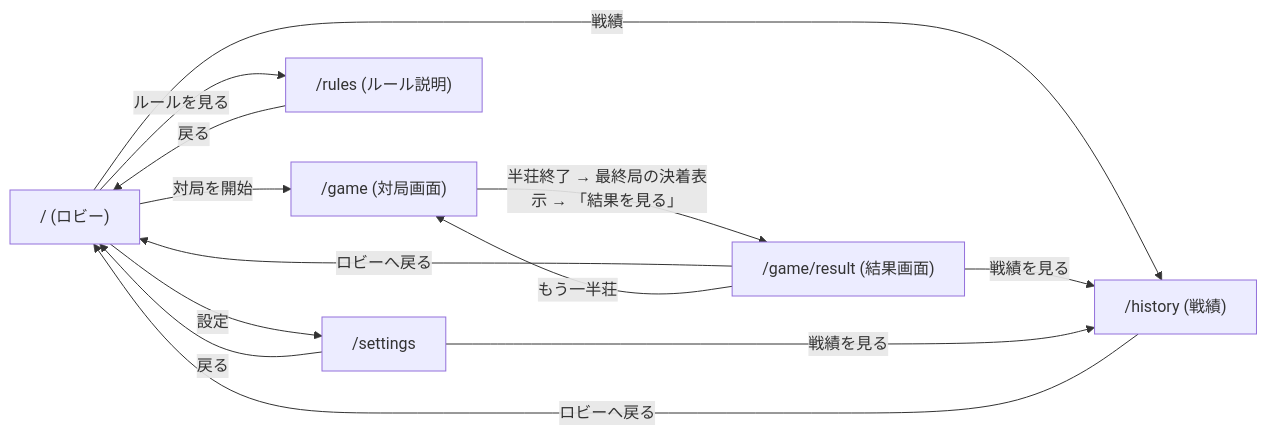
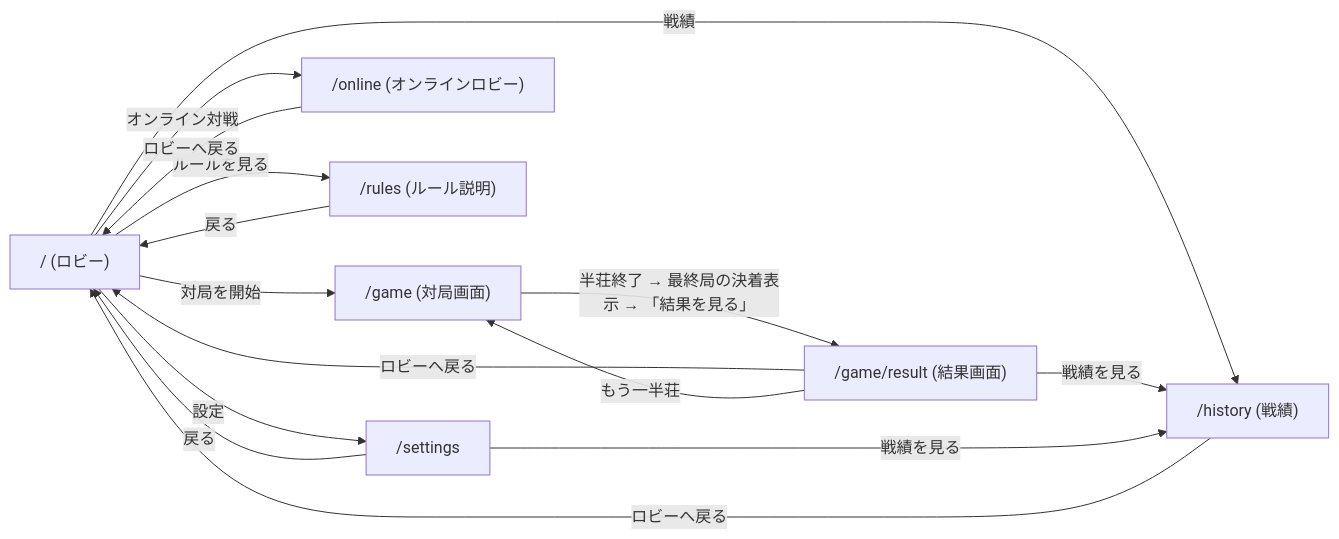
One commit to AutoDevJapan/FourBrosMahjong changed the diagram in documents/spec/screen-design-and-routing.md. Above: the diagram before and after it, drawn with Mermaid. The commit also changed other lines of this file, not shown here.

````diff
--- a/documents/spec/screen-design-and-routing.md
+++ b/documents/spec/screen-design-and-routing.md
@@ -50,15 +53,17 @@
 ```mermaid
 flowchart LR
     Lobby["/ (ロビー)"] -->|対局を開始| Game["/game (対局画面)"]
+    Lobby -->|オンライン対戦| Online["/online (オンラインロビー)"]
     Lobby -->|ルールを見る| Rules["/rules (ルール説明)"]
     Rules -->|戻る| Lobby
     Lobby -->|設定| Settings["/settings"]
     Settings -->|戻る| Lobby
     Game -->|半荘終了 → 最終局の決着表示 → 「結果を見る」| Result["/game/result (結果画面)"]
     Result -->|ロビーへ戻る| Lobby
     Result -->|もう一半荘| Game
     Lobby -->|戦績| History["/history (戦績)"]
     Result -->|戦績を見る| History
     Settings -->|戦績を見る| History
     History -->|ロビーへ戻る| Lobby
+    Online -->|ロビーへ戻る| Lobby
 ```
````
